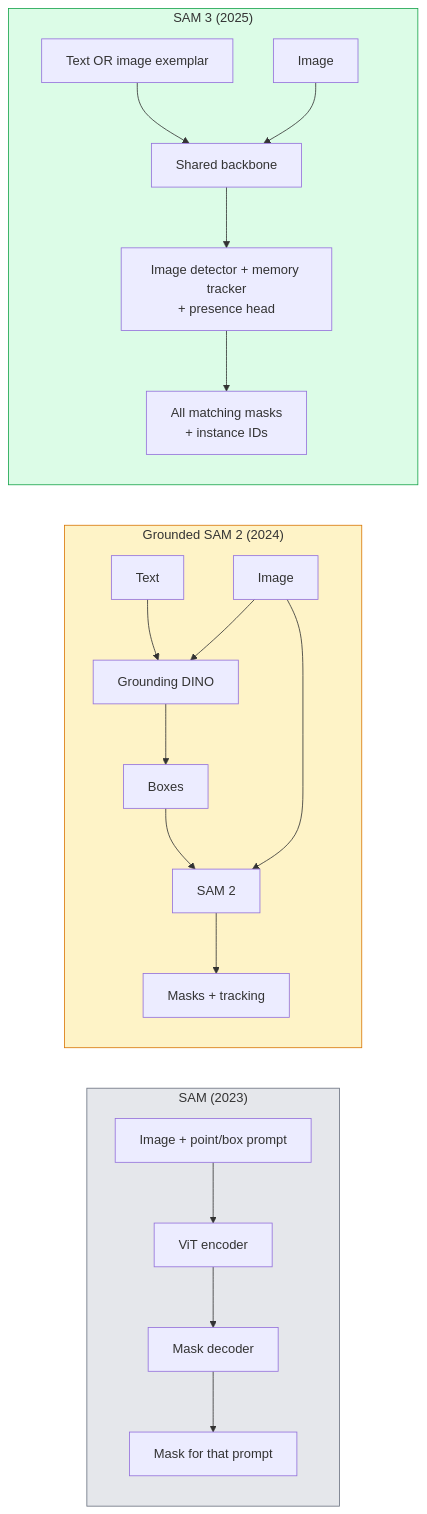
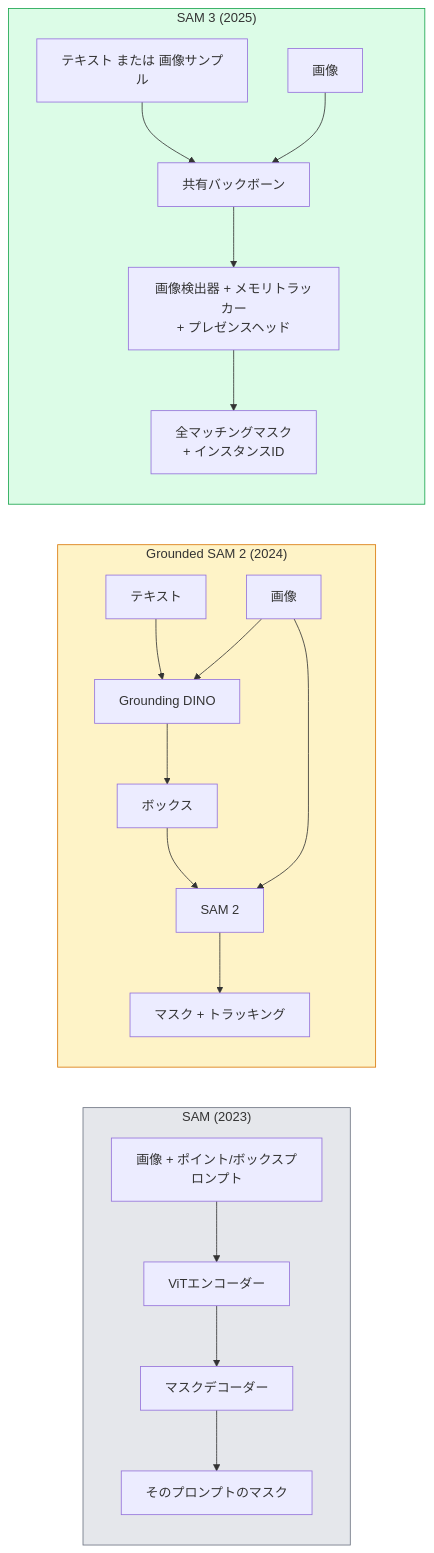
Before and after one commit to shoshoshomen/synapse-academy: the diagram in content/phases/04-computer-vision/24-sam3-open-vocab-segmentation/lesson.ja.md, drawn with Mermaid. The commit also changed 124 other files, not shown here.

First line of the commit message:
feat(i18n): mermaid図のラベルを日本語化(194レッスン/374図)

````diff
--- a/content/phases/04-computer-vision/24-sam3-open-vocab-segmentation/lesson.ja.md
+++ b/content/phases/04-computer-vision/24-sam3-open-vocab-segmentation/lesson.ja.md
@@ -25,22 +25,22 @@
 ```mermaid
 flowchart LR
     subgraph SAM1["SAM (2023)"]
-        A1["Image + point/box prompt"] --> A2["ViT encoder"] --> A3["Mask decoder"]
-        A3 --> A4["Mask for that prompt"]
+        A1["画像 + ポイント/ボックスプロンプト"] --> A2["ViTエンコーダー"] --> A3["マスクデコーダー"]
+        A3 --> A4["そのプロンプトのマスク"]
     end
     subgraph GSAM2["Grounded SAM 2 (2024)"]
-        B1["Text"] --> B2["Grounding DINO"] --> B3["Boxes"] --> B4["SAM 2"] --> B5["Masks + tracking"]
-        B6["Image"] --> B2
+        B1["テキスト"] --> B2["Grounding DINO"] --> B3["ボックス"] --> B4["SAM 2"] --> B5["マスク + トラッキング"]
+        B6["画像"] --> B2
         B6 --> B4
     end
     subgraph SAM3["SAM 3 (2025)"]
-        C1["Text OR image exemplar"] --> C2["Shared backbone"]
-        C3["Image"] --> C2
-        C2 --> C4["Image detector + memory tracker<br/>+ presence head"]
-        C4 --> C5["All matching masks<br/>+ instance IDs"]
+        C1["テキスト または 画像サンプル"] --> C2["共有バックボーン"]
+        C3["画像"] --> C2
+        C2 --> C4["画像検出器 + メモリトラッカー\n+ プレゼンスヘッド"]
+        C4 --> C5["全マッチングマスク\n+ インスタンスID"]
     end
 
     style SAM1 fill:#e5e7eb,stroke:#6b7280
     style GSAM2 fill:#fef3c7,stroke:#d97706
     style SAM3 fill:#dcfce7,stroke:#16a34a
 ```
````
